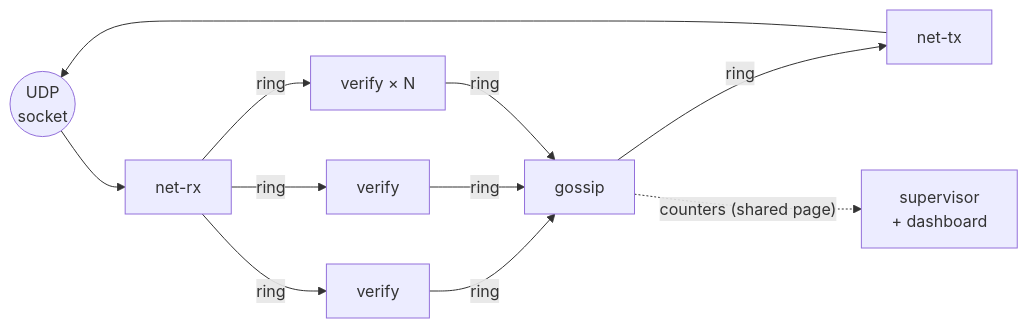
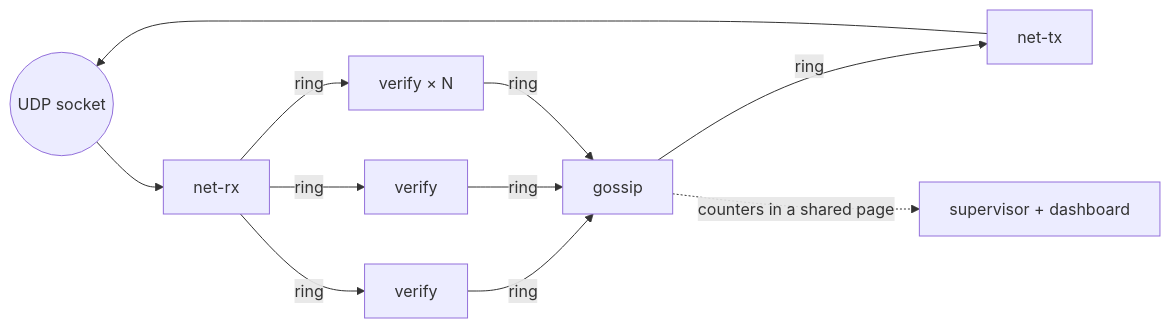
Before and after one commit to MidTermDev/lean-Solana-client: the second of 2 diagrams in README.md, drawn with Mermaid. The commit also changed other lines of this file and 3 other files, not shown here.

````diff
--- a/README.md
+++ b/README.md
@@ -200,13 +200,13 @@
 ```mermaid
 flowchart LR
-    NET(("UDP<br/>socket")) --> RX["net-rx"]
+    NET(("UDP socket")) --> RX["net-rx"]
     RX -- ring --> V1["verify"]
     RX -- ring --> V2["verify"]
     RX -- ring --> V3["verify × N"]
     V1 -- ring --> G["gossip"]
     V2 -- ring --> G
     V3 -- ring --> G
     G -- ring --> TX["net-tx"]
     TX --> NET
-    G -. "counters (shared page)" .-> S["supervisor<br/>+ dashboard"]
+    G -. "counters in a shared page" .-> S["supervisor + dashboard"]
 ```
````
